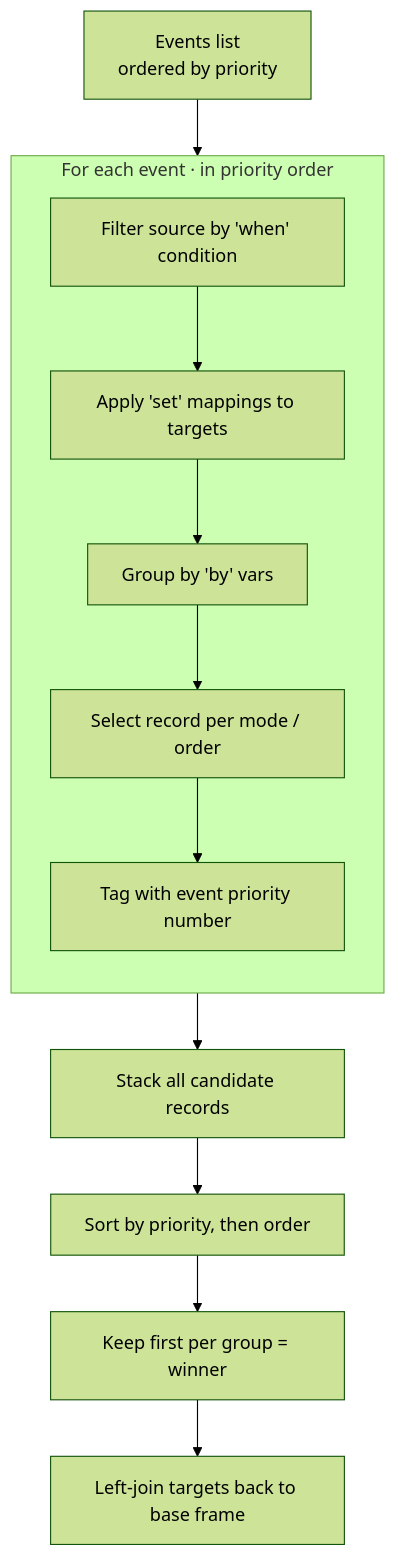
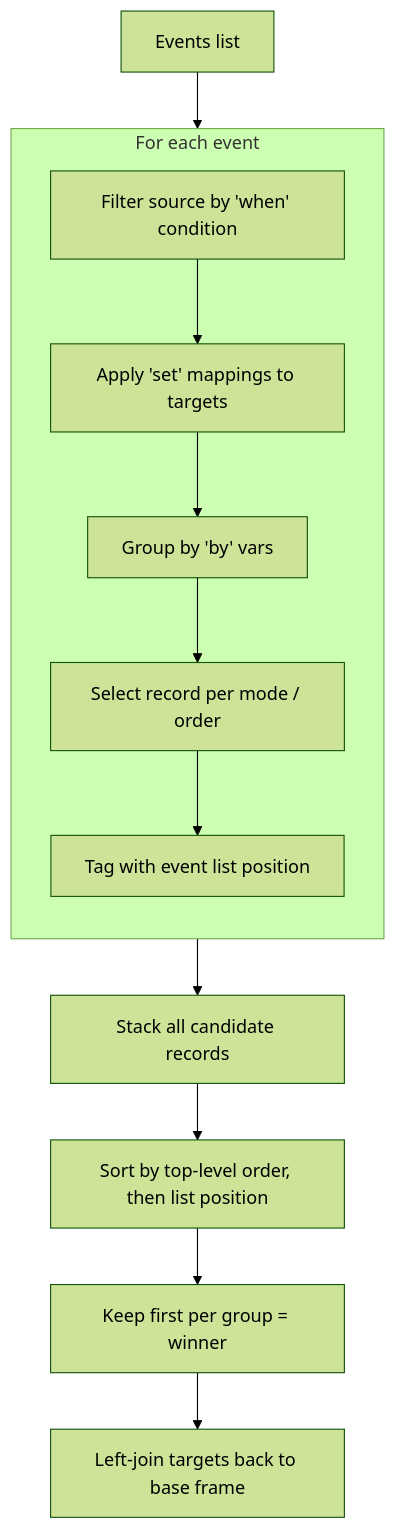
One commit to RealSlimMahdi/fleet-cdisc changed the diagram in docs/concepts/pick.md. Above: the diagram before and after it, drawn with Mermaid (forest theme). The commit also changed other lines of this file and 23 other files, not shown here.

````diff
--- a/docs/concepts/pick.md
+++ b/docs/concepts/pick.md
@@ -74,19 +76,19 @@
 ```mermaid
 flowchart TD
-    A[Events list<br/>ordered by priority] --> PE
+    A[Events list] --> PE
 
-    subgraph PE["For each event · in priority order"]
+    subgraph PE["For each event"]
         direction TB
         C[Filter source by 'when' condition]
         D[Apply 'set' mappings to targets]
         E[Group by 'by' vars]
         F[Select record per mode / order]
-        G[Tag with event priority number]
+        G[Tag with event list position]
         C --> D --> E --> F --> G
     end
 
     PE --> H[Stack all candidate records]
-    H --> I[Sort by priority, then order]
+    H --> I[Sort by top-level order, then list position]
     I --> J[Keep first per group = winner]
     J --> K[Left-join targets back to base frame]
 ```
````
